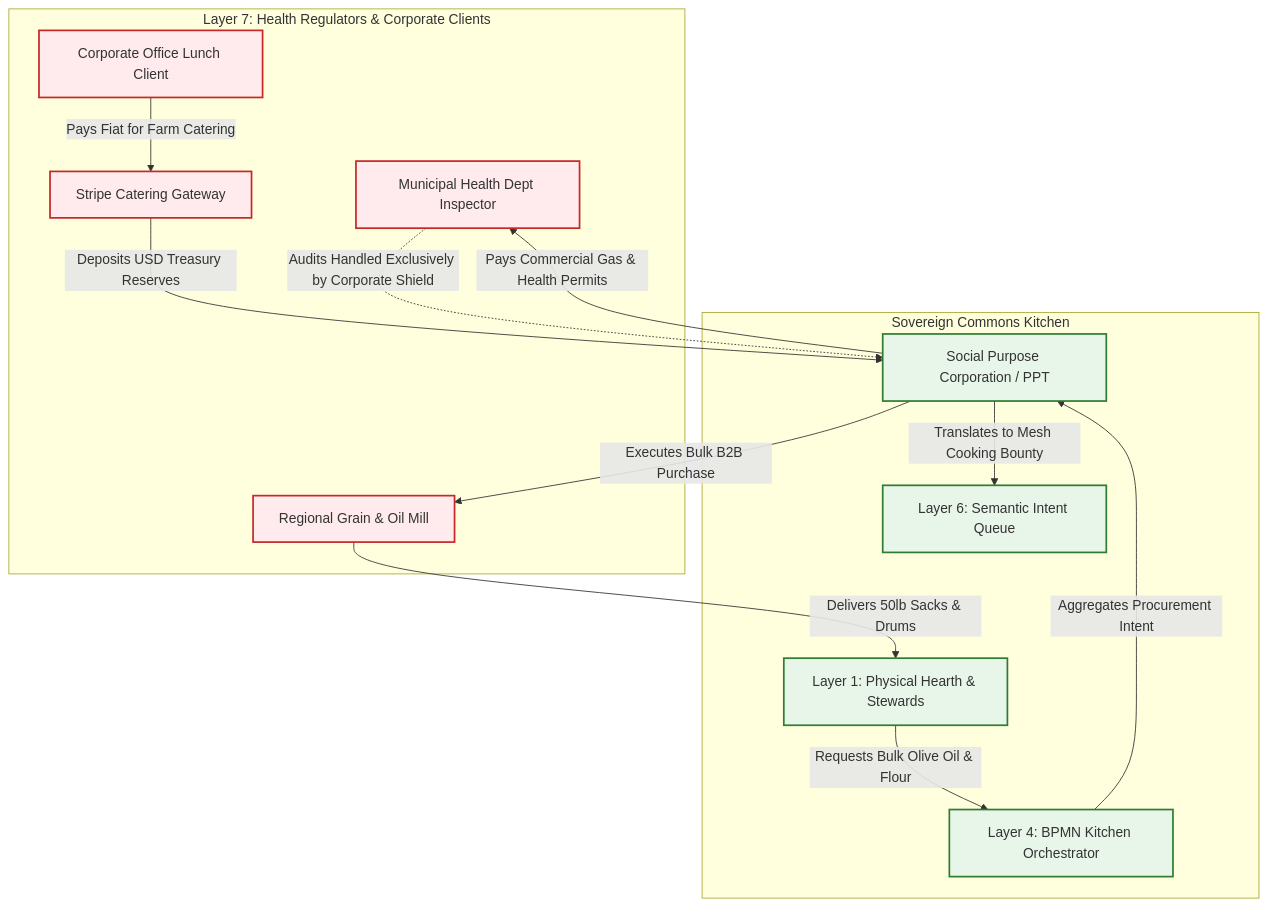
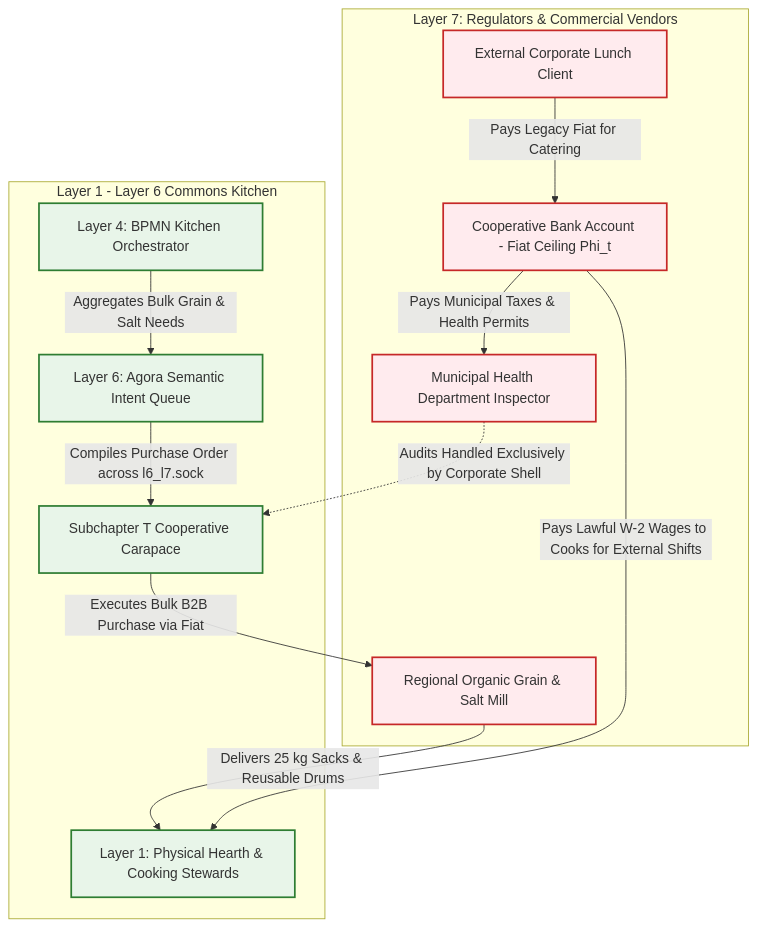
One commit to raffaine/collective changed the fourth of 4 diagrams in docs/scenarios/gamma_kitchen.md. Above: the diagram before and after it, drawn with Mermaid. The commit also changed other lines of this file and 23 other files, not shown here.

````diff
--- a/docs/scenarios/gamma_kitchen.md
+++ b/docs/scenarios/gamma_kitchen.md
@@ -176,35 +196,34 @@
 ```mermaid
 graph TD
-    subgraph Legacy Environment [Layer 7: Health Regulators & Corporate Clients]
-        HealthDept[Municipal Health Dept Inspector]
-        CorpClient[Corporate Office Lunch Client]
-        StripeGateway[Stripe Catering Gateway]
-        WholesaleSupplier[Regional Grain & Oil Mill]
+    subgraph Legacy Environment [Layer 7: Regulators & Commercial Vendors]
+        HealthDept[Municipal Health Department Inspector]
+        CorpClient[External Corporate Lunch Client]
+        WholesaleSupplier[Regional Organic Grain & Salt Mill]
+        BankTreasury[Cooperative Bank Account - Fiat Ceiling Phi_t]
     end
 
-    subgraph Sovereign Node [Sovereign Commons Kitchen]
-        SPC[Social Purpose Corporation / PPT]
-        L6[Layer 6: Semantic Intent Queue]
+    subgraph Sovereign Node [Layer 1 - Layer 6 Commons Kitchen]
+        Carapace[Subchapter T Cooperative Carapace]
+        L6[Layer 6: Agora Semantic Intent Queue]
         L4[Layer 4: BPMN Kitchen Orchestrator]
-        L1[Layer 1: Physical Hearth & Stewards]
+        L1[Layer 1: Physical Hearth & Cooking Stewards]
     end
 
-    %% Inbound Fiat Flow
-    CorpClient -->|Pays Fiat for Farm Catering| StripeGateway
-    StripeGateway -->|Deposits USD Treasury Reserves| SPC
-    SPC -->|Pays Commercial Gas & Health Permits| HealthDept
-    SPC -->|Translates to Mesh Cooking Bounty| L6
+    %% External Fiat Inflow
+    CorpClient -->|Pays Legacy Fiat for Catering| BankTreasury
+    BankTreasury -->|Pays Municipal Taxes & Health Permits| HealthDept
+    BankTreasury -->|Pays Lawful W-2 Wages to Cooks for External Shifts| L1
 
-    %% Outbound Staple Leeching
-    L1 -->|Requests Bulk Olive Oil & Flour| L4
-    L4 -->|Aggregates Procurement Intent| SPC
-    SPC -->|Executes Bulk B2B Purchase| WholesaleSupplier
-    WholesaleSupplier -->|Delivers 50lb Sacks & Drums| L1
+    %% GPO Procurement Flow
+    L4 -->|Aggregates Bulk Grain & Salt Needs| L6
+    L6 -->|Compiles Purchase Order across l6_l7.sock| Carapace
+    Carapace -->|Executes Bulk B2B Purchase via Fiat| WholesaleSupplier
+    WholesaleSupplier -->|Delivers 25 kg Sacks & Reusable Drums| L1
 
-    HealthDept -.->|Audits Handled Exclusively by Corporate Shield| SPC
+    HealthDept -.->|Audits Handled Exclusively by Corporate Shell| Carapace
 
     classDef legacy fill:#ffebee,stroke:#c62828,stroke-width:2px;
     classDef sovereign fill:#e8f5e9,stroke:#2e7d32,stroke-width:2px;
-    class HealthDept,CorpClient,StripeGateway,WholesaleSupplier legacy;
-    class SPC,L6,L4,L1 sovereign;
+    class HealthDept,CorpClient,WholesaleSupplier,BankTreasury legacy;
+    class Carapace,L6,L4,L1 sovereign;
 ```
````
